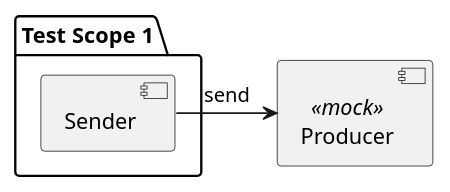
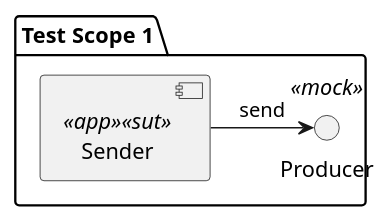
The tenth of 14 diagrams in async-test-design.md (eugene-krivosheyev/kafka-testing), drawn with PlantUML before and after one commit. The commit also changed other lines of this file and 3 other files, not shown here.

````diff
--- a/async-test-design.md
+++ b/async-test-design.md
@@ -255,11 +259,10 @@
 ```plantuml
 @startuml 'https://plantuml.com/ru/component-diagram
 package "Test Scope 1" {
-    component Sender
+    component Sender <<app>><<sut>>
+    interface Producer <<mock>>
+
+    Sender -> Producer: send
 }
-component Producer <<mock>>
-Sender -> Producer: send
-}
-
 @enduml
 ```
````
